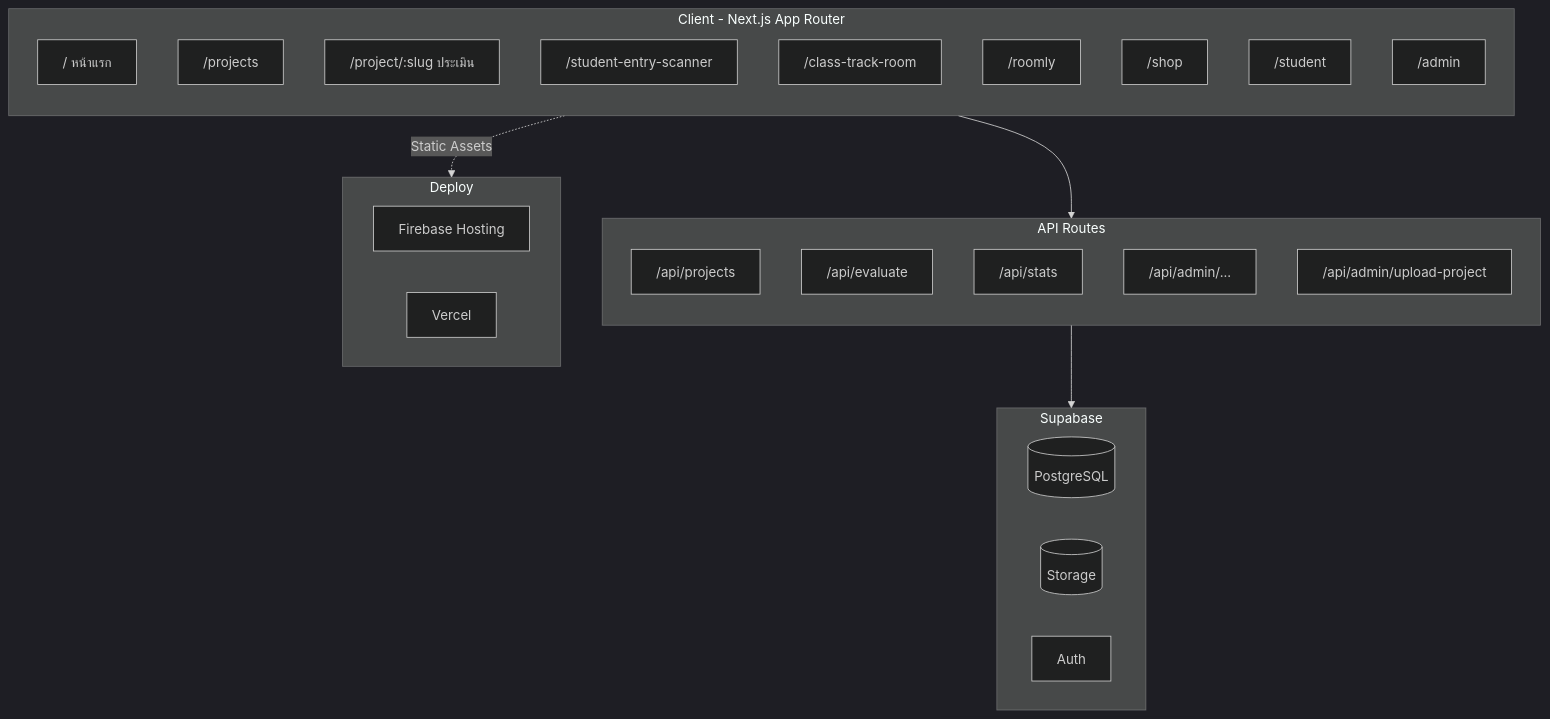
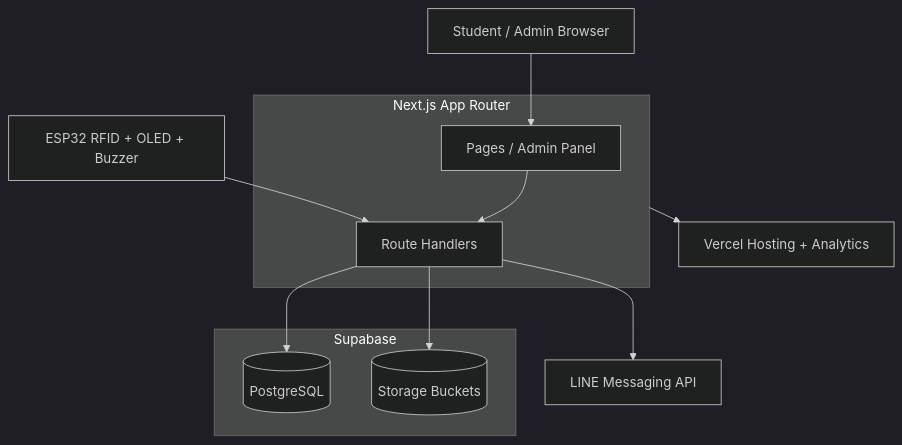
Before and after one commit to Centered101/ASIA-BOT: the first of 2 diagrams in README.md, drawn with Mermaid (dark theme). The commit also changed other lines of this file and 73 other files, not shown here.

````diff
--- a/README.md
+++ b/README.md
@@ -45,40 +60,26 @@
 ```mermaid
 graph TB
-    subgraph Client[Client - Next.js App Router]
-        direction TB
-        Home["/ หน้าแรก"]
-        Projects["/projects"]
-        Eval["/project/:slug ประเมิน"]
-        Scanner["/student-entry-scanner"]
-        ClassRoom["/class-track-room"]
-        Roomly["/roomly"]
-        Shop["/shop"]
-        Student["/student"]
-        Admin["/admin"]
-    end
+  Student[Student / Admin Browser]
+  ESP32[ESP32 RFID + OLED + Buzzer]
 
-    subgraph API[API Routes]
-        direction TB
-        ApiProjects["/api/projects"]
-        ApiEval["/api/evaluate"]
-        ApiStats["/api/stats"]
-        ApiAdmin["/api/admin/..."]
-        ApiUpload["/api/admin/upload-project"]
-    end
+  subgraph Next[Next.js App Router]
+    Pages[Pages / Admin Panel]
+    API[Route Handlers]
+  end
 
-    subgraph Backend[Supabase]
-        direction LR
-        DB[(PostgreSQL)]
-        Storage[(Storage)]
-        Auth[Auth]
-    end
+  subgraph Supabase[Supabase]
+    DB[(PostgreSQL)]
+    Storage[(Storage Buckets)]
+  end
 
-    subgraph Deploy[Deploy]
-        Firebase[Firebase Hosting]
-        Vercel[Vercel]
-    end
+  LINE[LINE Messaging API]
+  Vercel[Vercel Hosting + Analytics]
 
-    Client --> API
-    API --> Backend
-    Client -.->|Static Assets| Deploy
+  Student --> Pages
+  Pages --> API
+  ESP32 --> API
+  API --> DB
+  API --> Storage
+  API --> LINE
+  Next --> Vercel
 ```
````
